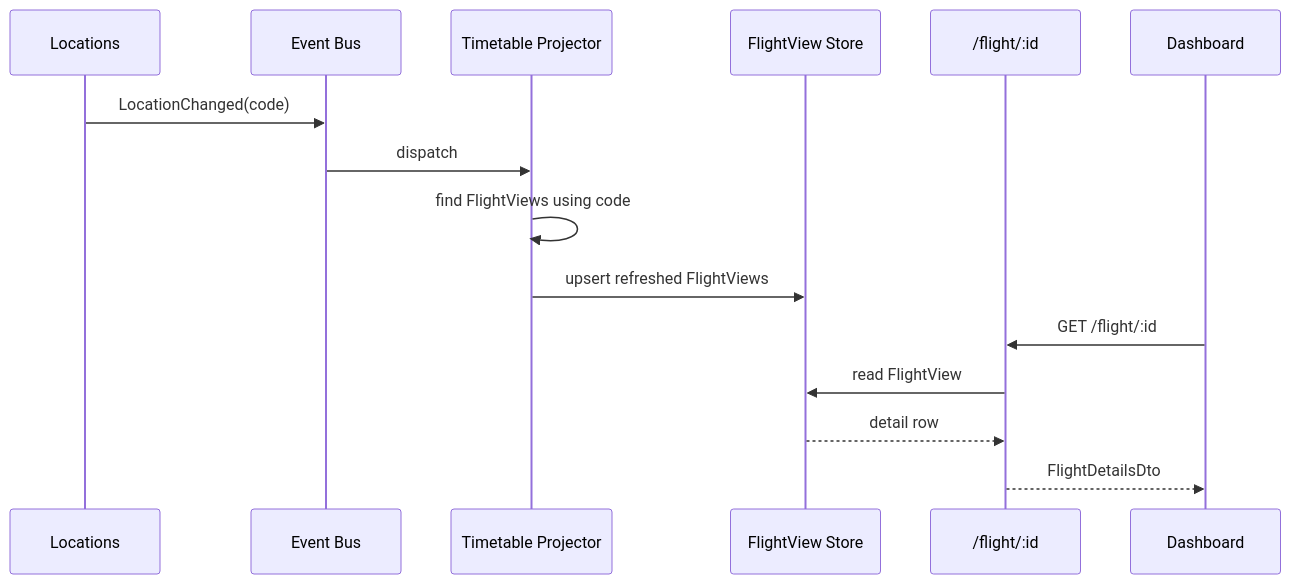
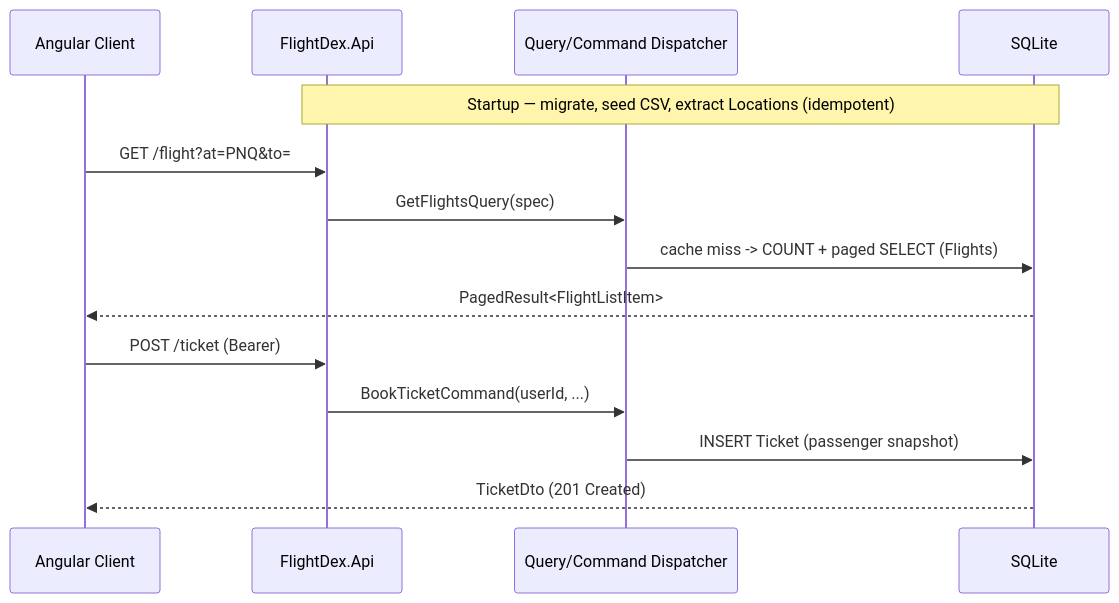
One commit to thinkbridge-thinkschool/AryanB-Capstone-FlightDex changed the third of 3 diagrams in Documentation/Design.md. Above: the diagram before and after it, drawn with Mermaid. The commit also changed other lines of this file and 23 other files, not shown here.

````diff
--- a/Documentation/Design.md
+++ b/Documentation/Design.md
@@ -140,18 +184,17 @@
 ```mermaid
 sequenceDiagram
-    participant LOC as Locations
-    participant BUS as Event Bus
-    participant TT as Timetable Projector
-    participant DB as FlightView Store
-    participant API as /flight/:id
-    participant UI as Dashboard
+    participant UI as Angular Client
+    participant API as FlightDex.Api
+    participant Q as Query/Command Dispatcher
+    participant DB as SQLite
 
-    LOC->>BUS: LocationChanged(code)
-    BUS->>TT: dispatch
-    TT->>TT: find FlightViews using code
-    TT->>DB: upsert refreshed FlightViews
-    UI->>API: GET /flight/:id
-    API->>DB: read FlightView
-    DB-->>API: detail row
-    API-->>UI: FlightDetailsDto
+    Note over API,DB: Startup — migrate, seed CSV, extract Locations (idempotent)
+    UI->>API: GET /flight?at=PNQ&to=
+    API->>Q: GetFlightsQuery(spec)
+    Q->>DB: cache miss -> COUNT + paged SELECT (Flights)
+    DB-->>UI: PagedResult<FlightListItem>
+    UI->>API: POST /ticket (Bearer)
+    API->>Q: BookTicketCommand(userId, ...)
+    Q->>DB: INSERT Ticket (passenger snapshot)
+    DB-->>UI: TicketDto (201 Created)
 ```
````
